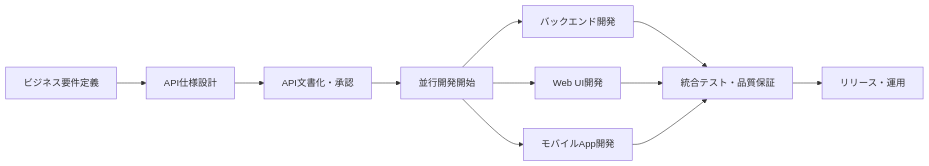
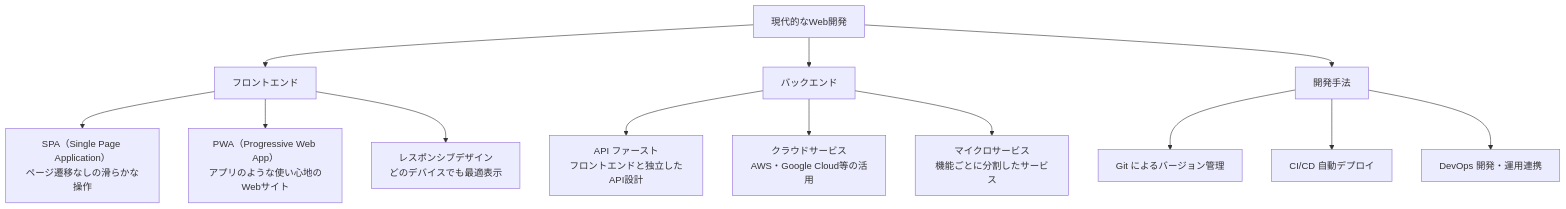
The sixth of 6 diagrams in docs/04_Web実践活用/01_推奨_フロントエンドとバックエンドの詳細.md (Monzi-takuya/web-fundamentals-for-non-engineers), drawn with Mermaid before and after one commit. The commit also changed other lines of this file and 11 other files, not shown here.

````diff
--- a/docs/04_Web実践活用/01_推奨_フロントエンドとバックエンドの詳細.md
+++ b/docs/04_Web実践活用/01_推奨_フロントエンドとバックエンドの詳細.md
@@ -467,16 +278,18 @@
 ```mermaid
-flowchart LR
-    A["ビジネス要件定義"] --> B["API仕様設計"]
-    B --> C["API文書化・承認"]
-    C --> D["並行開発開始"]
+flowchart TD
+    A["現代的なWeb開発"] --> B["フロントエンド"]
+    A --> C["バックエンド"]
+    A --> D["開発手法"]
     
-    D --> E["バックエンド開発"]
-    D --> F["Web UI開発"]
-    D --> G["モバイルApp開発"]
+    B --> B1["SPA（Single Page Application）<br/>ページ遷移なしの滑らかな操作"]
+    B --> B2["PWA（Progressive Web App）<br/>アプリのような使い心地のWebサイト"]
+    B --> B3["レスポンシブデザイン<br/>どのデバイスでも最適表示"]
     
-    E --> H["統合テスト・品質保証"]
-    F --> H
-    G --> H
+    C --> C1["API ファースト<br/>フロントエンドと独立したAPI設計"]
+    C --> C2["クラウドサービス<br/>AWS・Google Cloud等の活用"]
+    C --> C3["マイクロサービス<br/>機能ごとに分割したサービス"]
     
-    H --> I["リリース・運用"]
+    D --> D1["Git によるバージョン管理"]
+    D --> D2["CI/CD 自動デプロイ"]
+    D --> D3["DevOps 開発・運用連携"]
 ```
````
